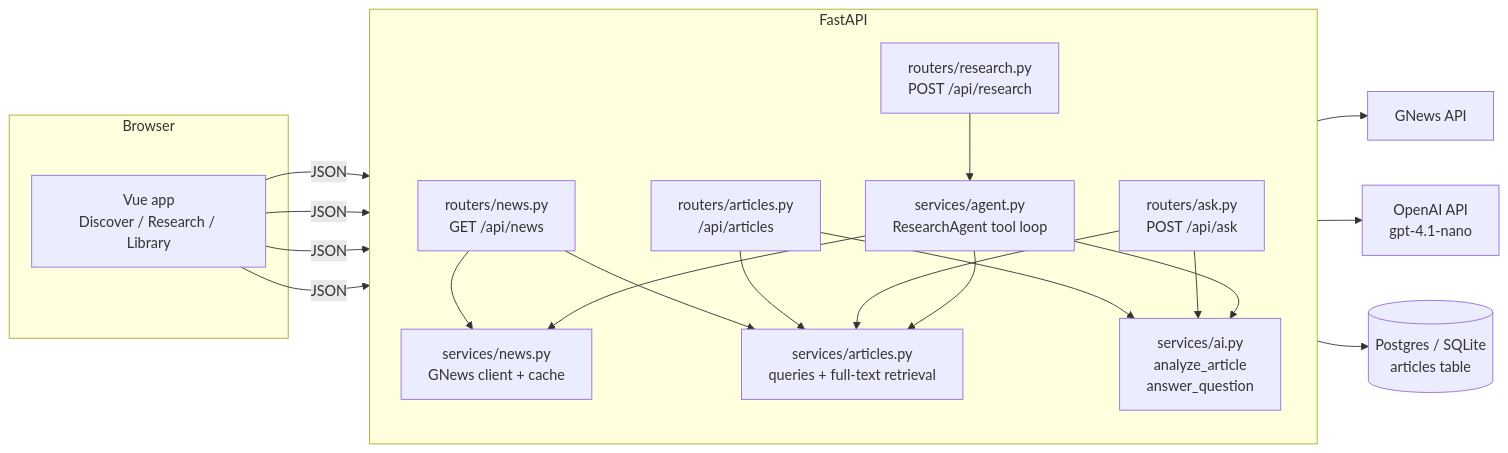
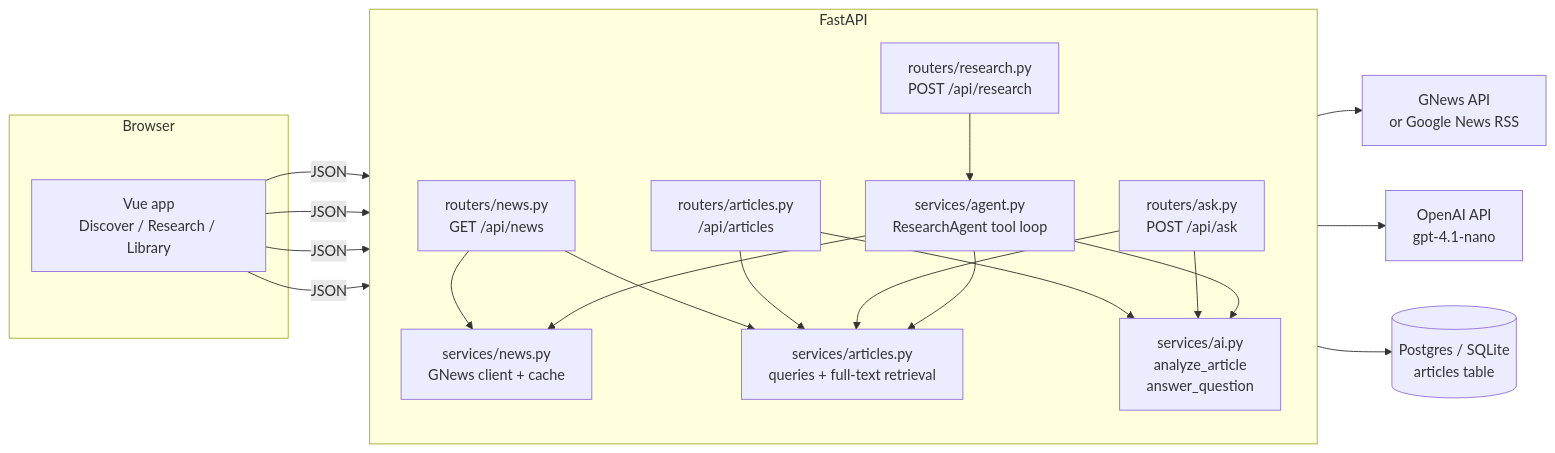
Before and after one commit to Kether180/aries-app: the first of 2 diagrams in README.md, drawn with Mermaid. The commit also changed other lines of this file and 2 other files, not shown here.

Commit message:
Docs: fresh-start behaviour, sentiment definition, RSS in the diagram, current test counts

````diff
--- a/README.md
+++ b/README.md
@@ -99,33 +98,33 @@
 ```mermaid
 flowchart LR
     subgraph Browser
         UI[Vue app<br/>Discover / Research / Library]
     end
 
     subgraph FastAPI
         direction TB
         R1[routers/news.py<br/>GET /api/news]
         R2[routers/articles.py<br/>/api/articles]
         R3[routers/ask.py<br/>POST /api/ask]
         R4[routers/research.py<br/>POST /api/research]
 
         S1[services/news.py<br/>GNews client + cache]
         S2[services/ai.py<br/>analyze_article<br/>answer_question]
         S3[services/articles.py<br/>queries + full-text retrieval]
         S4[services/agent.py<br/>ResearchAgent tool loop]
     end
 
     DB[(Postgres / SQLite<br/>articles table)]
-    GN[GNews API]
+    GN[GNews API<br/>or Google News RSS]
     OA[OpenAI API<br/>gpt-4.1-nano]
 
     UI -->|JSON| R1 & R2 & R3 & R4
     R1 --> S1 & S3
     R2 --> S2 & S3
     R3 --> S3 & S2
     R4 --> S4
     S4 --> S1 & S2 & S3
     S1 --> GN
     S2 --> OA
     S3 --> DB
 ```
````
